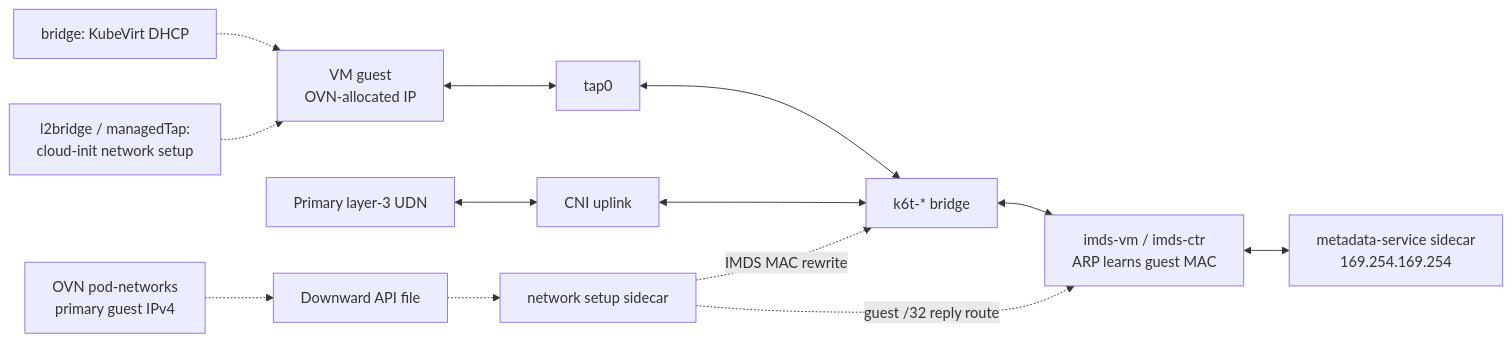
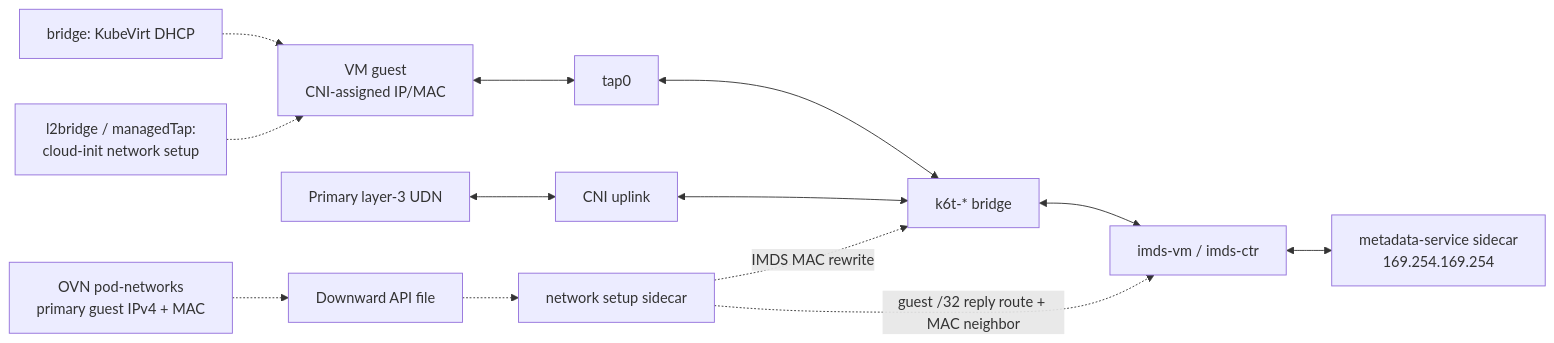
Before and after one commit to dsx-ai-factory/nvidia-workload-identity: the diagram in cmd/dsx-imds-network-setup/README.md, drawn with Mermaid. The commit also changed other lines of this file and 4 other files, not shown here.

Commit message:
fix(NO-REF): retain static guest neighbor contract

````diff
--- a/cmd/dsx-imds-network-setup/README.md
+++ b/cmd/dsx-imds-network-setup/README.md
@@ -39,16 +39,16 @@
 ```mermaid
 flowchart LR
-    Guest["VM guest<br/>OVN-allocated IP"] <--> Tap["tap0"]
+    Guest["VM guest<br/>CNI-assigned IP/MAC"] <--> Tap["tap0"]
     Tap <--> Bridge["k6t-* bridge"]
-    Bridge <--> Veth["imds-vm / imds-ctr<br/>ARP learns guest MAC"]
+    Bridge <--> Veth["imds-vm / imds-ctr"]
     Veth <--> Metadata["metadata-service sidecar<br/>169.254.169.254"]
     UDN["Primary layer-3 UDN"] <--> Uplink["CNI uplink"]
     Uplink <--> Bridge
 
     DHCP["bridge: KubeVirt DHCP"] -.-> Guest
     CloudInit["l2bridge / managedTap:<br/>cloud-init network setup"] -.-> Guest
-    Status["OVN pod-networks<br/>primary guest IPv4"] -.-> File["Downward API file"]
+    Status["OVN pod-networks<br/>primary guest IPv4 + MAC"] -.-> File["Downward API file"]
     File -.-> Setup["network setup sidecar"]
-    Setup -.->|"guest /32 reply route"| Veth
+    Setup -.->|"guest /32 reply route + MAC neighbor"| Veth
     Setup -.->|"IMDS MAC rewrite"| Bridge
 ```
````
